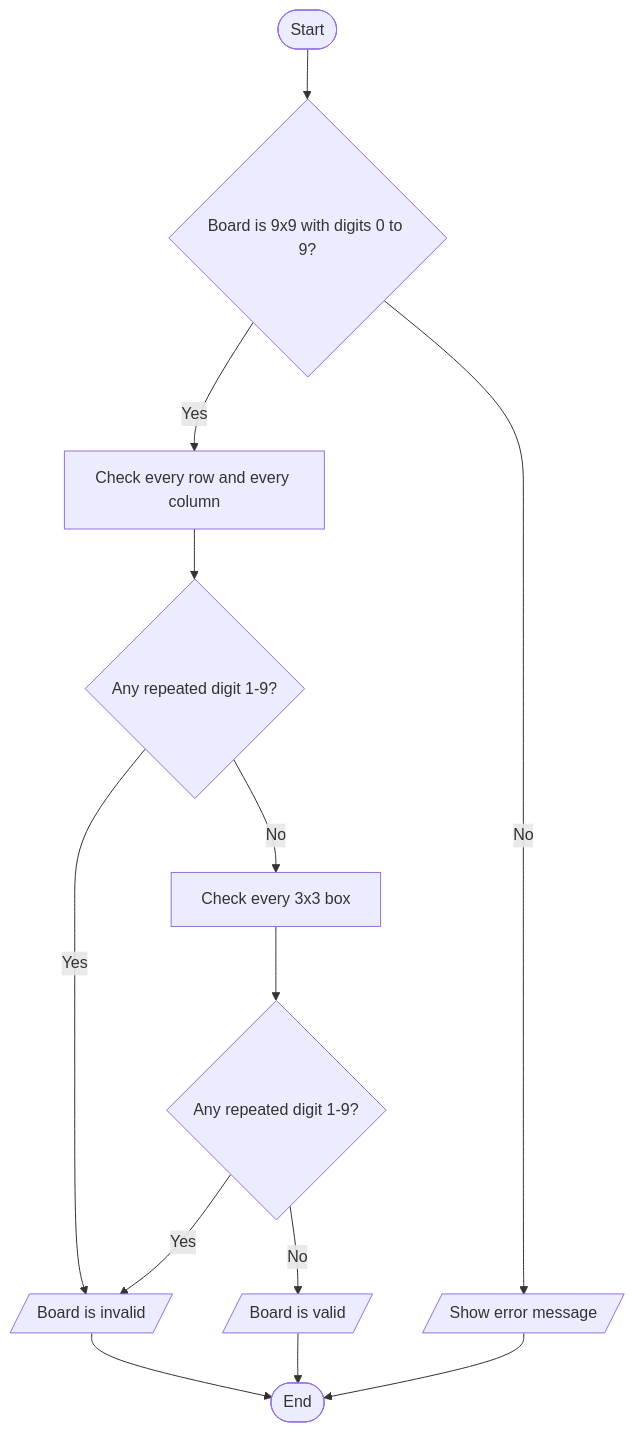
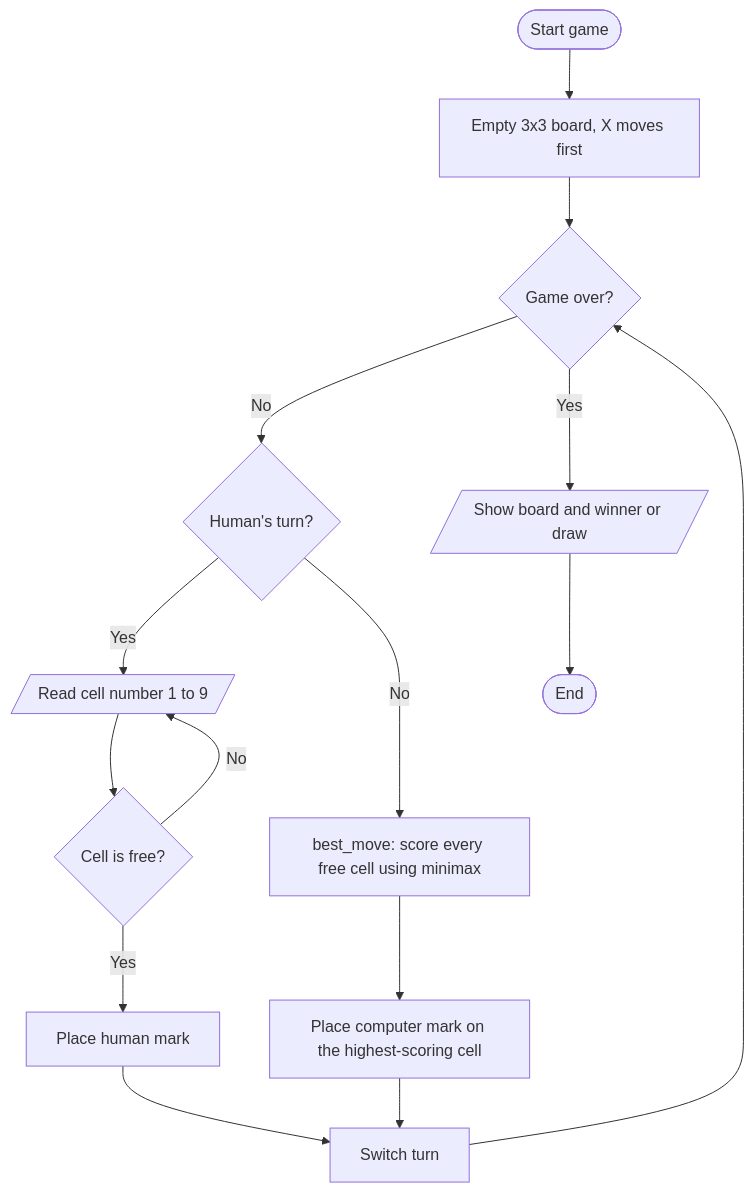
One commit to AtlaSwathi29/2026_27_CSE4-221_python_programming changed the first of 2 diagrams in README.md. Above: the diagram before and after it, drawn with Mermaid. The commit also changed other lines of this file and 5 other files, not shown here.

````diff
--- a/README.md
+++ b/README.md
@@ -63,15 +66,17 @@
 ```mermaid
 flowchart TD
-    A(["Start"]) --> B{"Board is 9x9 with digits 0 to 9?"}
-    B -- No --> ERR[/"Show error message"/]
-    B -- Yes --> C["Check every row and every column"]
-    C --> D{"Any repeated digit 1-9?"}
-    D -- Yes --> INV[/"Board is invalid"/]
-    D -- No --> E["Check every 3x3 box"]
-    E --> F{"Any repeated digit 1-9?"}
-    F -- Yes --> INV
-    F -- No --> VAL[/"Board is valid"/]
-    INV --> Z(["End"])
-    VAL --> Z
-    ERR --> Z
+    A(["Start game"]) --> B["Empty 3x3 board, X moves first"]
+    B --> C{"Game over?"}
+    C -- No --> D{"Human's turn?"}
+    D -- Yes --> E[/"Read cell number 1 to 9"/]
+    E --> F{"Cell is free?"}
+    F -- No --> E
+    F -- Yes --> G["Place human mark"]
+    D -- No --> H["best_move: score every free cell using minimax"]
+    H --> I["Place computer mark on the highest-scoring cell"]
+    G --> J["Switch turn"]
+    I --> J
+    J --> C
+    C -- Yes --> K[/"Show board and winner or draw"/]
+    K --> Z(["End"])
 ```
````
